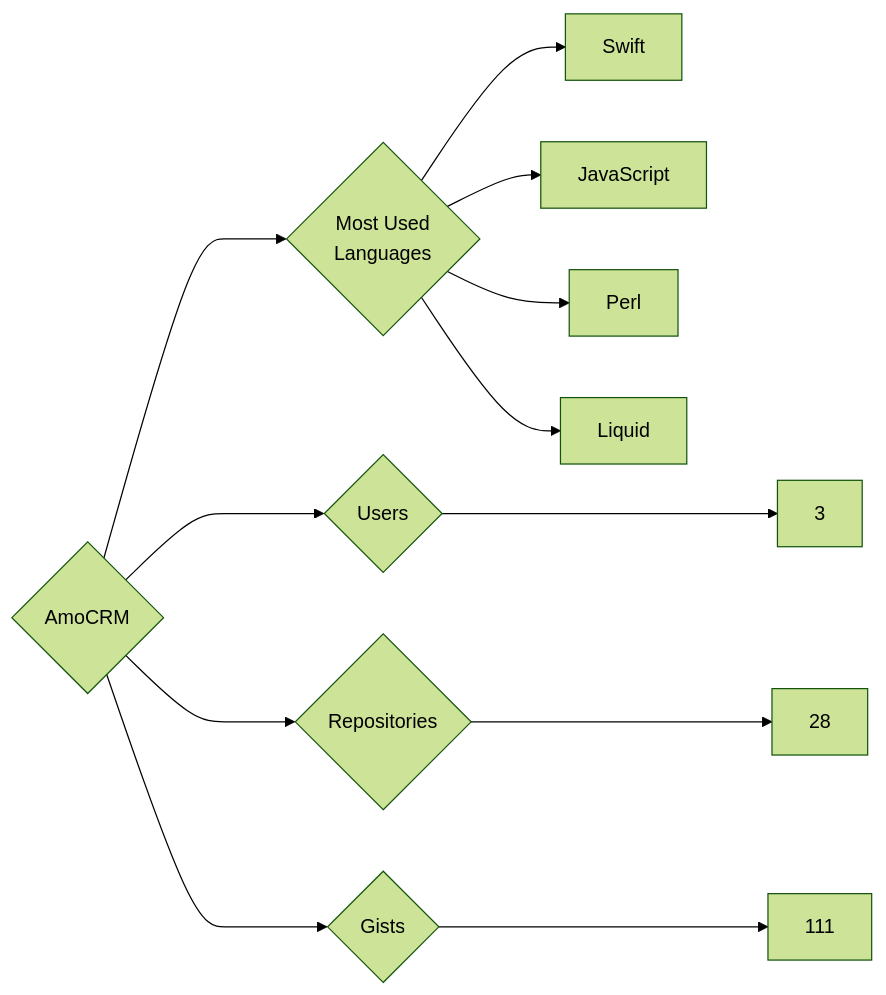
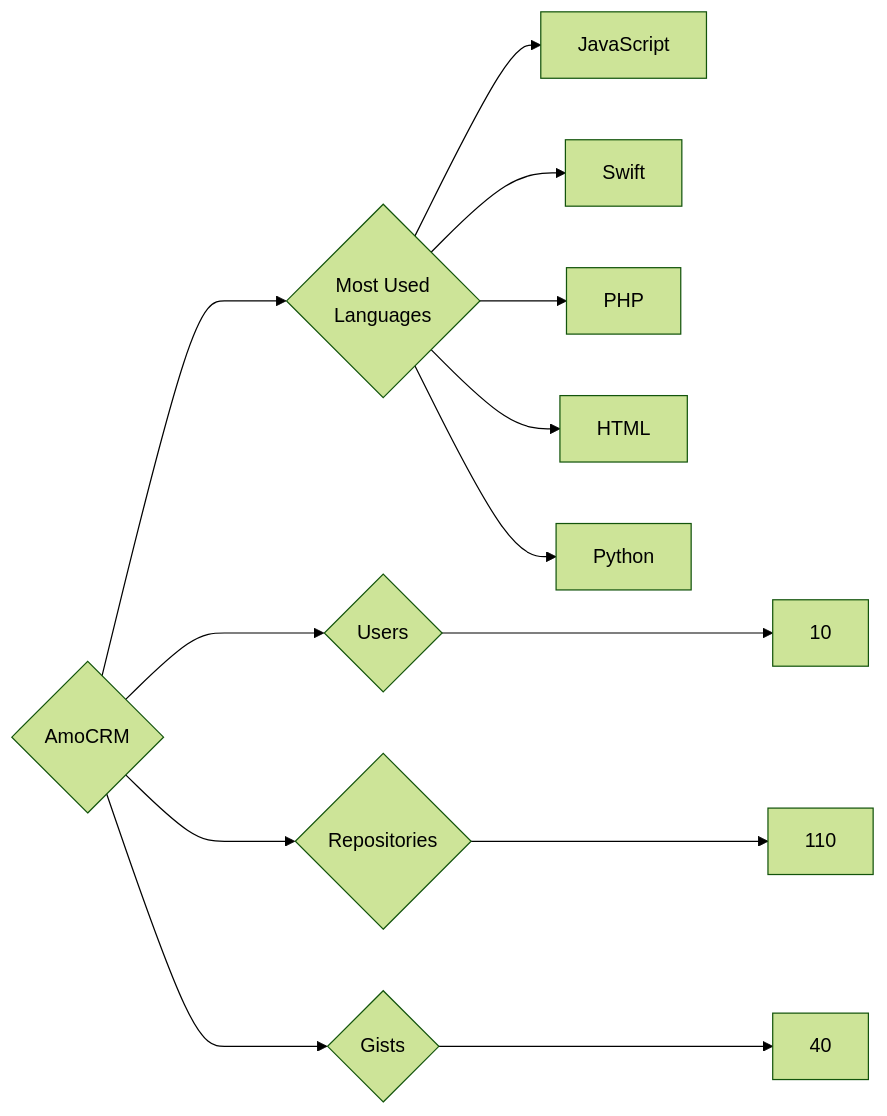
The diagram in targets/AmoCRM/README.md (trickest/insiders), drawn with Mermaid (forest theme) before and after one commit. The commit also changed 953 other files, not shown here.

````diff
--- a/targets/AmoCRM/README.md
+++ b/targets/AmoCRM/README.md
@@ -3,12 +3,13 @@
 ```mermaid
 graph LR
 COMPANY_NAME{AmoCRM}
-COMPANY_NAME ---> U{Users} ---> UN[3]
-COMPANY_NAME ---> R{Repositories} ---> RN[28]
-COMPANY_NAME ---> G{Gists} ---> GN[111]
+COMPANY_NAME ---> U{Users} ---> UN[10]
+COMPANY_NAME ---> R{Repositories} ---> RN[110]
+COMPANY_NAME ---> G{Gists} ---> GN[40]
 COMPANY_NAME ---> ML{Most Used<br>Languages}
+ML --> JavaScript[JavaScript]
 ML --> Swift[Swift]
-ML --> JavaScript[JavaScript]
-ML --> Perl[Perl]
-ML --> Liquid[Liquid]
+ML --> PHP[PHP]
+ML --> HTML[HTML]
+ML --> Python[Python]
 ```
````
